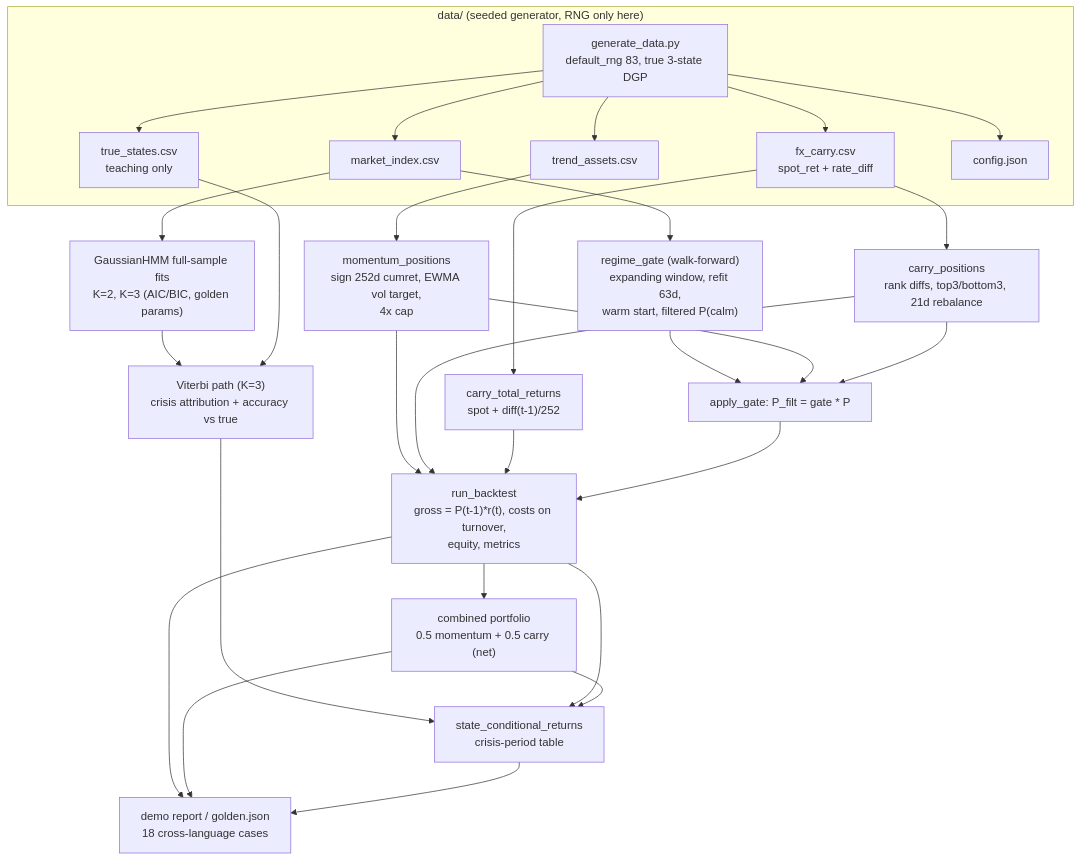
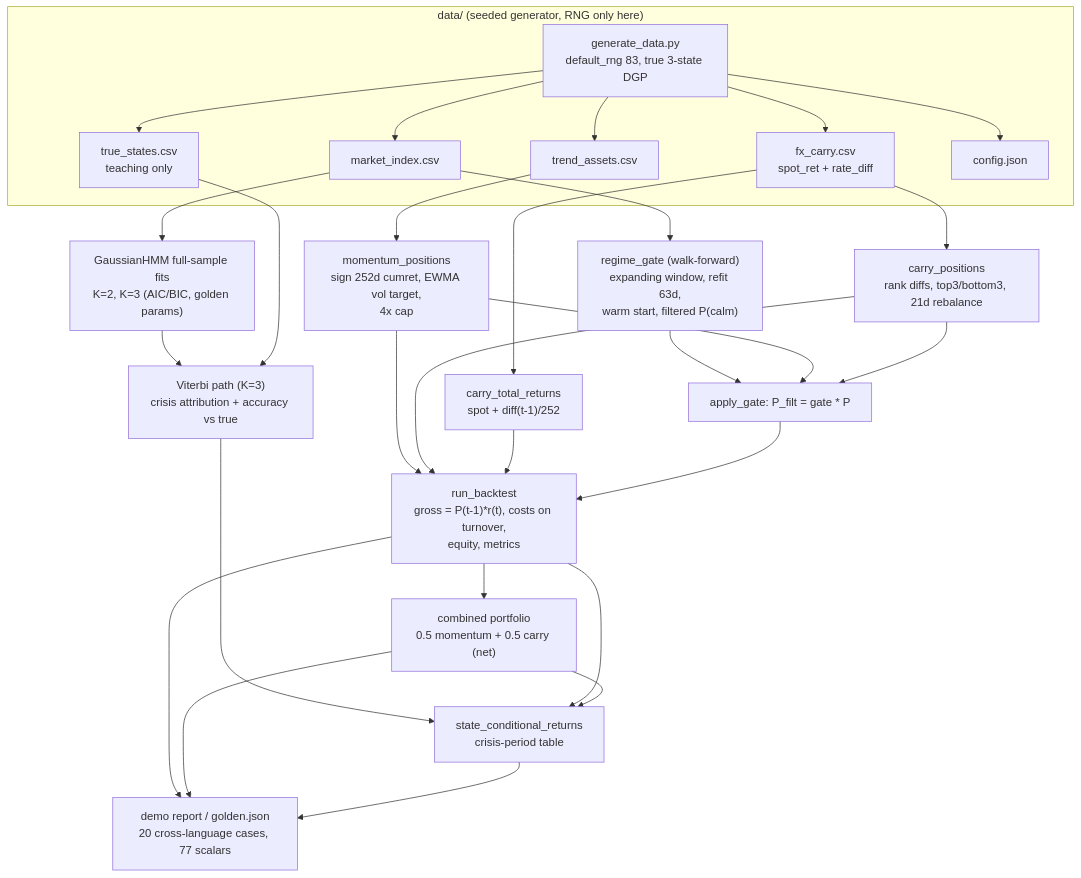
The first of 3 diagrams in docs/ARCHITECTURE.md (AshJha0/regime-aware-trading), drawn with Mermaid before and after one commit. The commit also changed other lines of this file and 62 other files, not shown here.

````diff
--- a/docs/ARCHITECTURE.md
+++ b/docs/ARCHITECTURE.md
@@ -27,39 +27,39 @@
 ```mermaid
 flowchart TD
     subgraph DATA["data/ (seeded generator, RNG only here)"]
         GEN[generate_data.py<br/>default_rng 83, true 3-state DGP]
         IDX[market_index.csv]
         TRD[trend_assets.csv]
         FX[fx_carry.csv<br/>spot_ret + rate_diff]
         TRU[true_states.csv<br/>teaching only]
         CFG[config.json]
         GEN --> IDX & TRD & FX & TRU & CFG
     end
 
     IDX --> HMMFULL["GaussianHMM full-sample fits<br/>K=2, K=3 (AIC/BIC, golden params)"]
     HMMFULL --> VIT["Viterbi path (K=3)<br/>crisis attribution + accuracy vs true"]
     TRU --> VIT
     IDX --> GATE["regime_gate (walk-forward)<br/>expanding window, refit 63d,<br/>warm start, filtered P(calm)"]
 
     TRD --> MOM["momentum_positions<br/>sign 252d cumret, EWMA vol target,<br/>4x cap"]
     FX --> CAR["carry_positions<br/>rank diffs, top3/bottom3, 21d rebalance"]
     FX --> CRET["carry_total_returns<br/>spot + diff(t-1)/252"]
 
     GATE --> APG["apply_gate: P_filt = gate * P"]
     MOM --> APG
     CAR --> APG
 
     MOM --> BT["run_backtest<br/>gross = P(t-1)*r(t), costs on turnover,<br/>equity, metrics"]
     CAR --> BT
     CRET --> BT
     APG --> BT
 
     BT --> COMB["combined portfolio<br/>0.5 momentum + 0.5 carry (net)"]
     VIT --> CRISIS["state_conditional_returns<br/>crisis-period table"]
     BT --> CRISIS
     COMB --> CRISIS
 
-    BT --> OUT["demo report / golden.json<br/>18 cross-language cases"]
+    BT --> OUT["demo report / golden.json<br/>20 cross-language cases, 77 scalars"]
     COMB --> OUT
     CRISIS --> OUT
 ```
````
